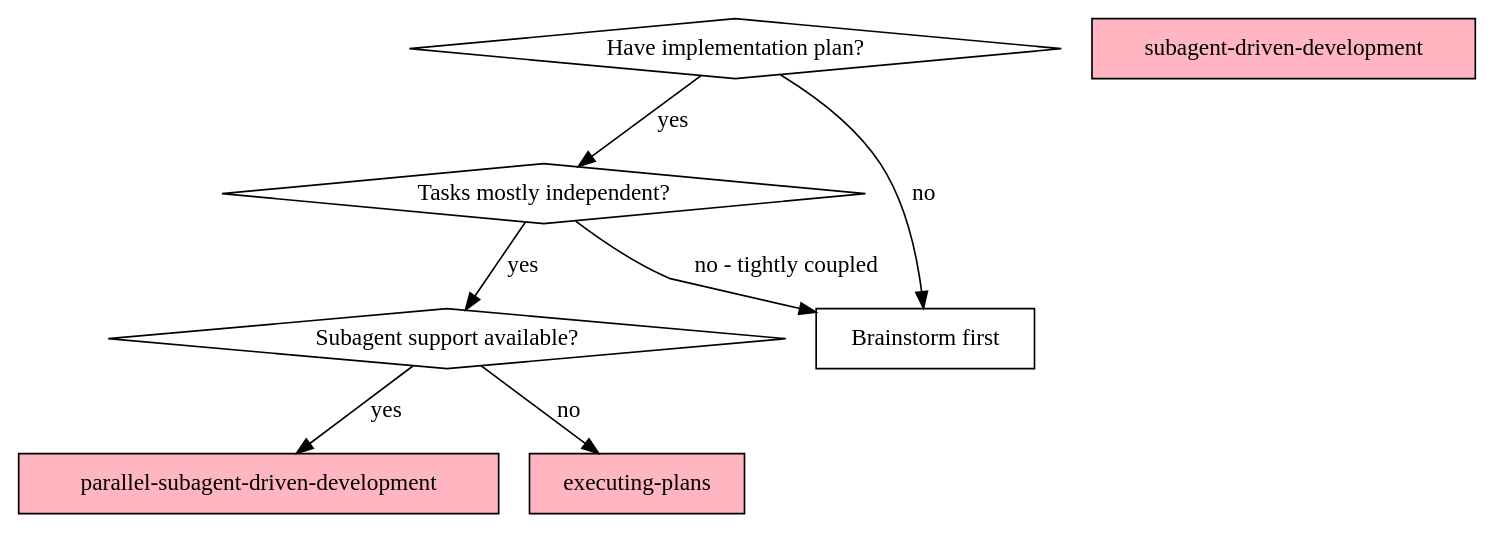
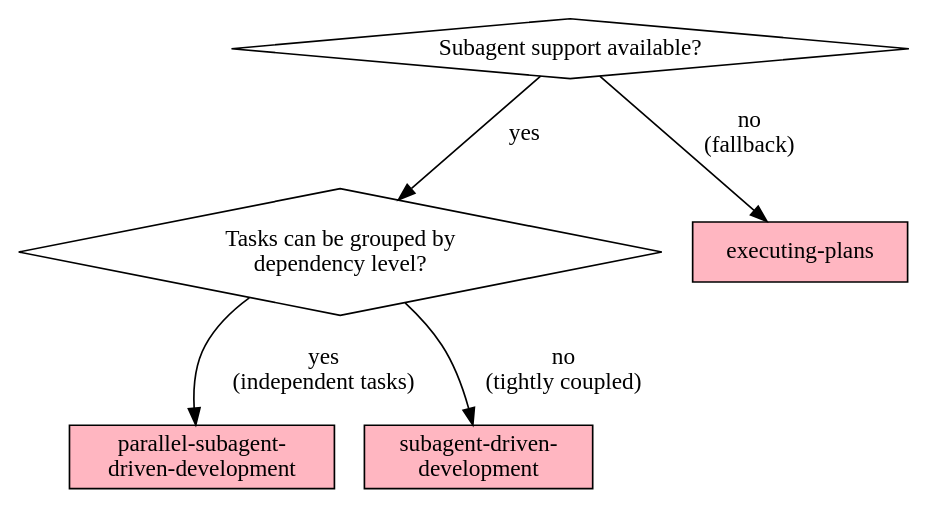
Before and after one commit to icefrag/guozhi-claude-code: the second of 4 diagrams in skills/nbl.orchestrate/SKILL.md, drawn with Graphviz. The commit also changed other lines of this file and 1 other file, not shown here.

````diff
--- a/skills/nbl.orchestrate/SKILL.md
+++ b/skills/nbl.orchestrate/SKILL.md
@@ -74,22 +89,16 @@
 ```dot
 digraph execution_mode_selection {
     rankdir=TB;
 
-    "Have implementation plan?" [shape=diamond];
-    "Tasks mostly independent?" [shape=diamond];
     "Subagent support available?" [shape=diamond];
-    "parallel-subagent-driven-development" [shape=box style=filled fillcolor=lightpink];
-    "subagent-driven-development" [shape=box style=filled fillcolor=lightpink];
+    "Tasks can be grouped by\ndependency level?" [shape=diamond];
+    "parallel-subagent-\ndriven-development" [shape=box style=filled fillcolor=lightpink];
+    "subagent-driven-\ndevelopment" [shape=box style=filled fillcolor=lightpink];
     "executing-plans" [shape=box style=filled fillcolor=lightpink];
-    "Brainstorm first" [shape=box];
 
-    "Have implementation plan?" -> "Tasks mostly independent?" [label="yes"];
-    "Have implementation plan?" -> "Brainstorm first" [label="no"];
-
-    "Tasks mostly independent?" -> "Subagent support available?" [label="yes"];
-    "Tasks mostly independent?" -> "Brainstorm first" [label="no - tightly coupled"];
-
-    "Subagent support available?" -> "parallel-subagent-driven-development" [label="yes"];
-    "Subagent support available?" -> "executing-plans" [label="no"];
+    "Subagent support available?" -> "Tasks can be grouped by\ndependency level?" [label="yes"];
+    "Subagent support available?" -> "executing-plans" [label="no\n(fallback)"];
+    "Tasks can be grouped by\ndependency level?" -> "parallel-subagent-\ndriven-development" [label="yes\n(independent tasks)"];
+    "Tasks can be grouped by\ndependency level?" -> "subagent-driven-\ndevelopment" [label="no\n(tightly coupled)"];
 }
 ```
````
